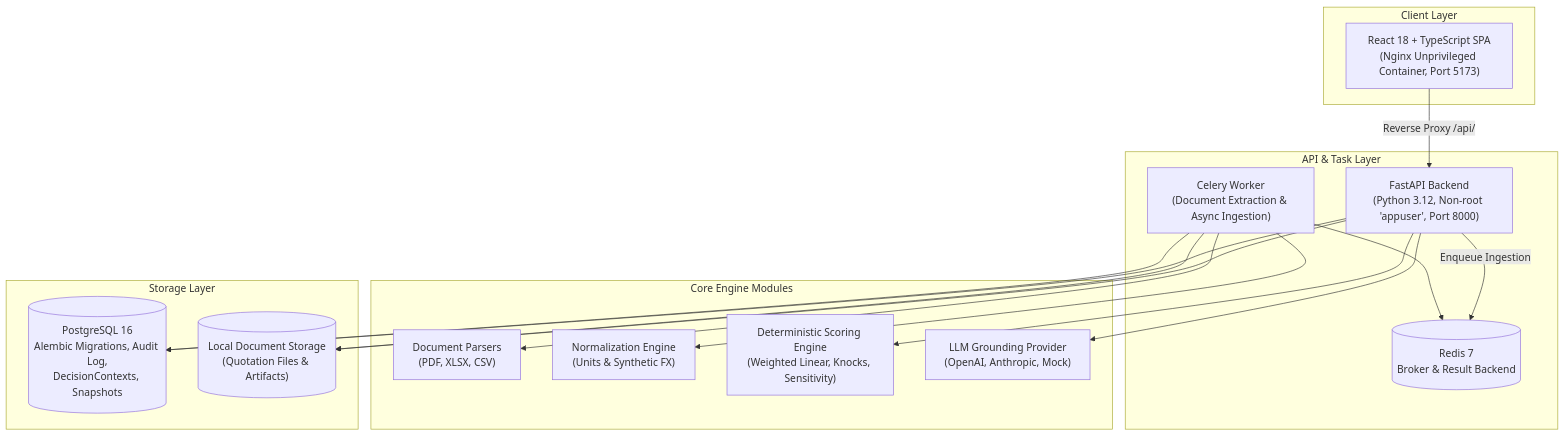
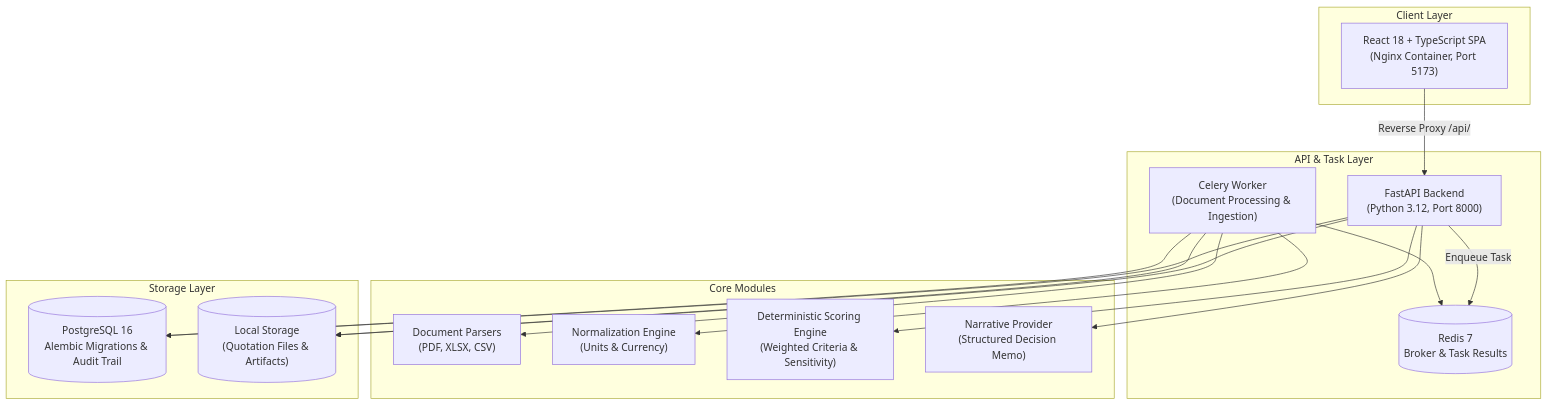
Before and after one commit to mbs20/procureflow: the diagram in README.md, drawn with Mermaid. The commit also changed other lines of this file and 1 other file, not shown here.

````diff
--- a/README.md
+++ b/README.md
@@ -144,36 +103,36 @@
 ```mermaid
 graph TD
     subgraph Client Layer
-        UI["React 18 + TypeScript SPA<br/>(Nginx Unprivileged Container, Port 5173)"]
+        UI["React 18 + TypeScript SPA<br/>(Nginx Container, Port 5173)"]
     end
 
     subgraph API & Task Layer
-        API["FastAPI Backend<br/>(Python 3.12, Non-root 'appuser', Port 8000)"]
-        Worker["Celery Worker<br/>(Document Extraction & Async Ingestion)"]
-        Redis[("Redis 7<br/>Broker & Result Backend")]
+        API["FastAPI Backend<br/>(Python 3.12, Port 8000)"]
+        Worker["Celery Worker<br/>(Document Processing & Ingestion)"]
+        Redis[("Redis 7<br/>Broker & Task Results")]
     end
 
-    subgraph Core Engine Modules
+    subgraph Core Modules
         Parsers["Document Parsers<br/>(PDF, XLSX, CSV)"]
-        Norm["Normalization Engine<br/>(Units & Synthetic FX)"]
-        Scorer["Deterministic Scoring Engine<br/>(Weighted Linear, Knocks, Sensitivity)"]
-        LLM["LLM Grounding Provider<br/>(OpenAI, Anthropic, Mock)"]
+        Norm["Normalization Engine<br/>(Units & Currency)"]
+        Scorer["Deterministic Scoring Engine<br/>(Weighted Criteria & Sensitivity)"]
+        Narrative["Narrative Provider<br/>(Structured Decision Memo)"]
     end
 
     subgraph Storage Layer
-        DB[("PostgreSQL 16<br/>Alembic Migrations, Audit Log,<br/>DecisionContexts, Snapshots")]
-        Filesystem[("Local Document Storage<br/>(Quotation Files & Artifacts)")]
+        DB[("PostgreSQL 16<br/>Alembic Migrations & Audit Trail")]
+        Filesystem[("Local Storage<br/>(Quotation Files & Artifacts)")]
     end
 
     UI -->|Reverse Proxy /api/| API
     API --> DB
     API --> Filesystem
-    API -->|Enqueue Ingestion| Redis
+    API -->|Enqueue Task| Redis
     Worker --> Redis
     Worker --> Parsers
     Worker --> Norm
     Worker --> DB
     Worker --> Filesystem
     API --> Scorer
-    API --> LLM
+    API --> Narrative
 ```
````
